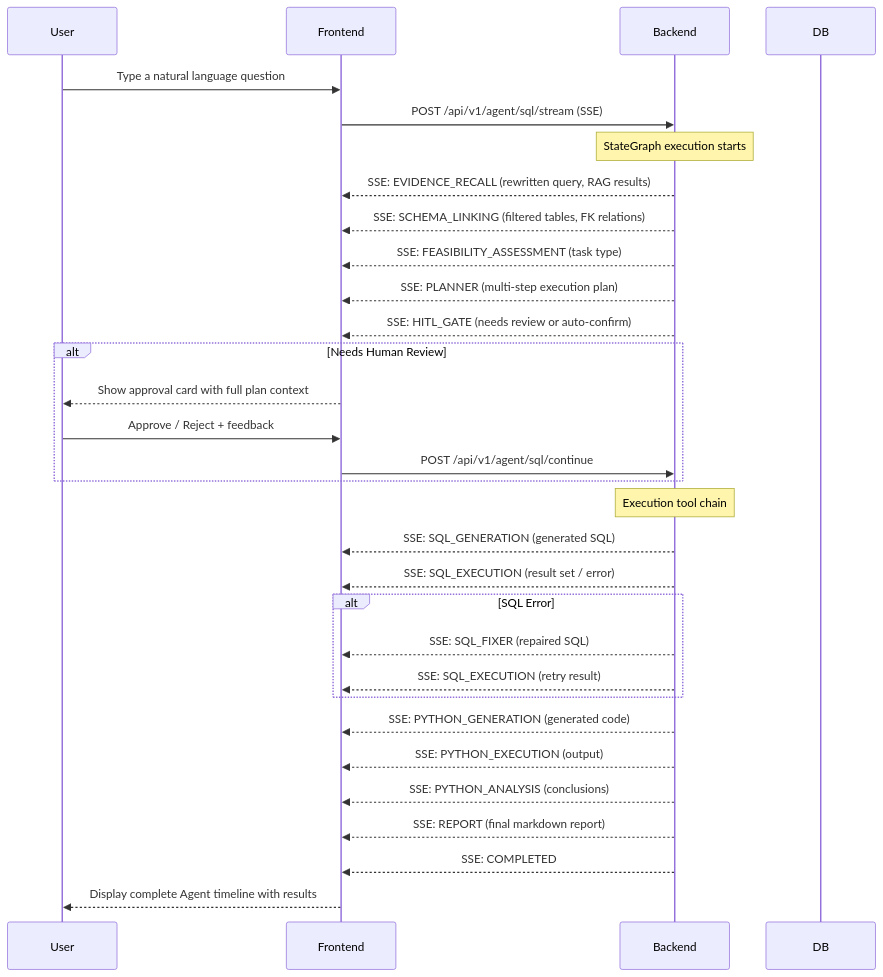
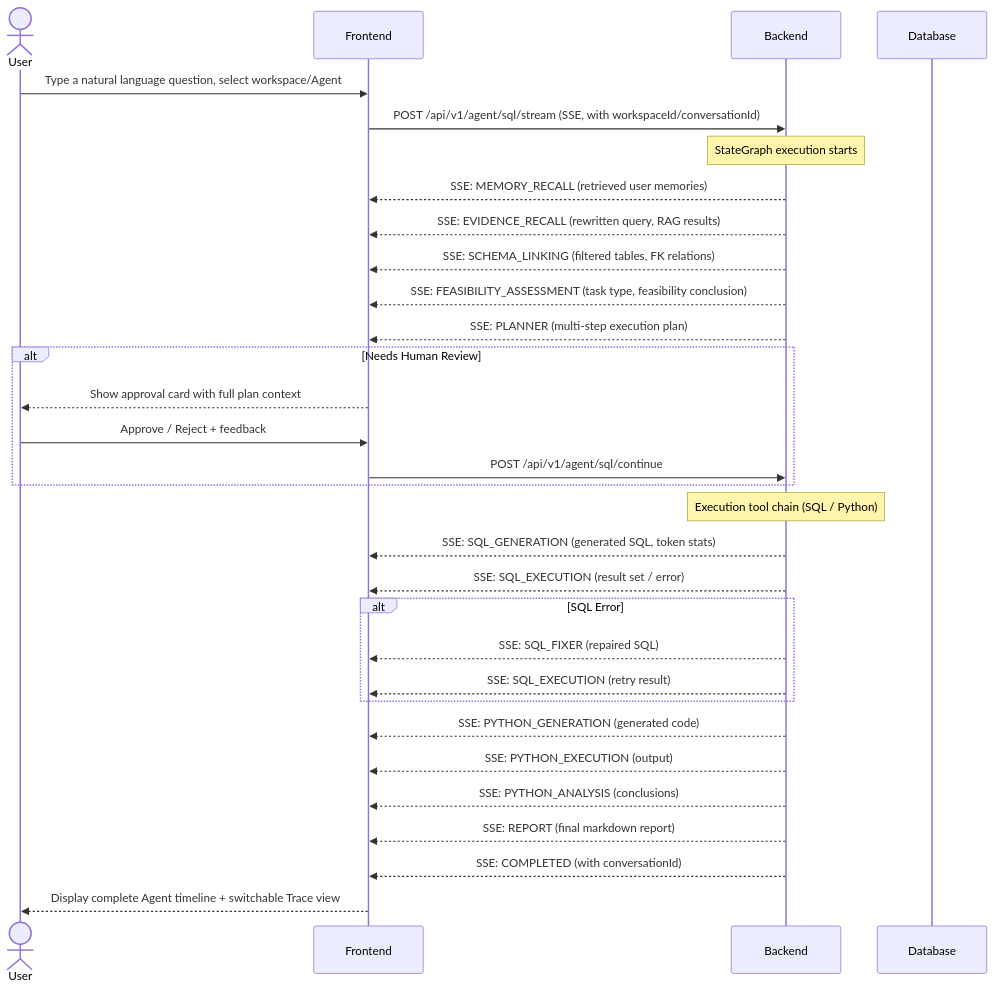
The diagram in README.md (shixia9/MustBeTheSQL), drawn with Mermaid before and after one commit. The commit also changed other lines of this file and 1 other file, not shown here.

````diff
--- a/README.md
+++ b/README.md
@@ -34,42 +48,42 @@
 ```mermaid
 sequenceDiagram
-    participant User
-    participant Frontend
-    participant Backend
-    participant DB
+    actor User
+    participant FE as Frontend
+    participant BE as Backend
+    participant DB as Database
 
-    User->>Frontend: Type a natural language question
-    Frontend->>Backend: POST /api/v1/agent/sql/stream (SSE)
-    
-    Note over Backend: StateGraph execution starts
-    
-    Backend-->>Frontend: SSE: EVIDENCE_RECALL (rewritten query, RAG results)
-    Backend-->>Frontend: SSE: SCHEMA_LINKING (filtered tables, FK relations)
-    Backend-->>Frontend: SSE: FEASIBILITY_ASSESSMENT (task type)
-    Backend-->>Frontend: SSE: PLANNER (multi-step execution plan)
-    Backend-->>Frontend: SSE: HITL_GATE (needs review or auto-confirm)
+    User->>FE: Type a natural language question, select workspace/Agent
+    FE->>BE: POST /api/v1/agent/sql/stream (SSE, with workspaceId/conversationId)
+
+    Note over BE: StateGraph execution starts
+
+    BE-->>FE: SSE: MEMORY_RECALL (retrieved user memories)
+    BE-->>FE: SSE: EVIDENCE_RECALL (rewritten query, RAG results)
+    BE-->>FE: SSE: SCHEMA_LINKING (filtered tables, FK relations)
+    BE-->>FE: SSE: FEASIBILITY_ASSESSMENT (task type, feasibility conclusion)
+    BE-->>FE: SSE: PLANNER (multi-step execution plan)
 
     alt Needs Human Review
-        Frontend-->>User: Show approval card with full plan context
-        User->>Frontend: Approve / Reject + feedback
-        Frontend->>Backend: POST /api/v1/agent/sql/continue
+        FE-->>User: Show approval card with full plan context
+        User->>FE: Approve / Reject + feedback
+        FE->>BE: POST /api/v1/agent/sql/continue
     end
 
-    Note over Backend: Execution tool chain
+    Note over BE: Execution tool chain (SQL / Python)
 
-    Backend-->>Frontend: SSE: SQL_GENERATION (generated SQL)
-    Backend-->>Frontend: SSE: SQL_EXECUTION (result set / error)
+    BE-->>FE: SSE: SQL_GENERATION (generated SQL, token stats)
+    BE-->>FE: SSE: SQL_EXECUTION (result set / error)
     alt SQL Error
-        Backend-->>Frontend: SSE: SQL_FIXER (repaired SQL)
-        Backend-->>Frontend: SSE: SQL_EXECUTION (retry result)
+        BE-->>FE: SSE: SQL_FIXER (repaired SQL)
+        BE-->>FE: SSE: SQL_EXECUTION (retry result)
     end
 
-    Backend-->>Frontend: SSE: PYTHON_GENERATION (generated code)
-    Backend-->>Frontend: SSE: PYTHON_EXECUTION (output)
-    Backend-->>Frontend: SSE: PYTHON_ANALYSIS (conclusions)
+    BE-->>FE: SSE: PYTHON_GENERATION (generated code)
+    BE-->>FE: SSE: PYTHON_EXECUTION (output)
+    BE-->>FE: SSE: PYTHON_ANALYSIS (conclusions)
 
-    Backend-->>Frontend: SSE: REPORT (final markdown report)
-    Backend-->>Frontend: SSE: COMPLETED
+    BE-->>FE: SSE: REPORT (final markdown report)
+    BE-->>FE: SSE: COMPLETED (with conversationId)
 
-    Frontend-->>User: Display complete Agent timeline with results
+    FE-->>User: Display complete Agent timeline + switchable Trace view
 ```
````
